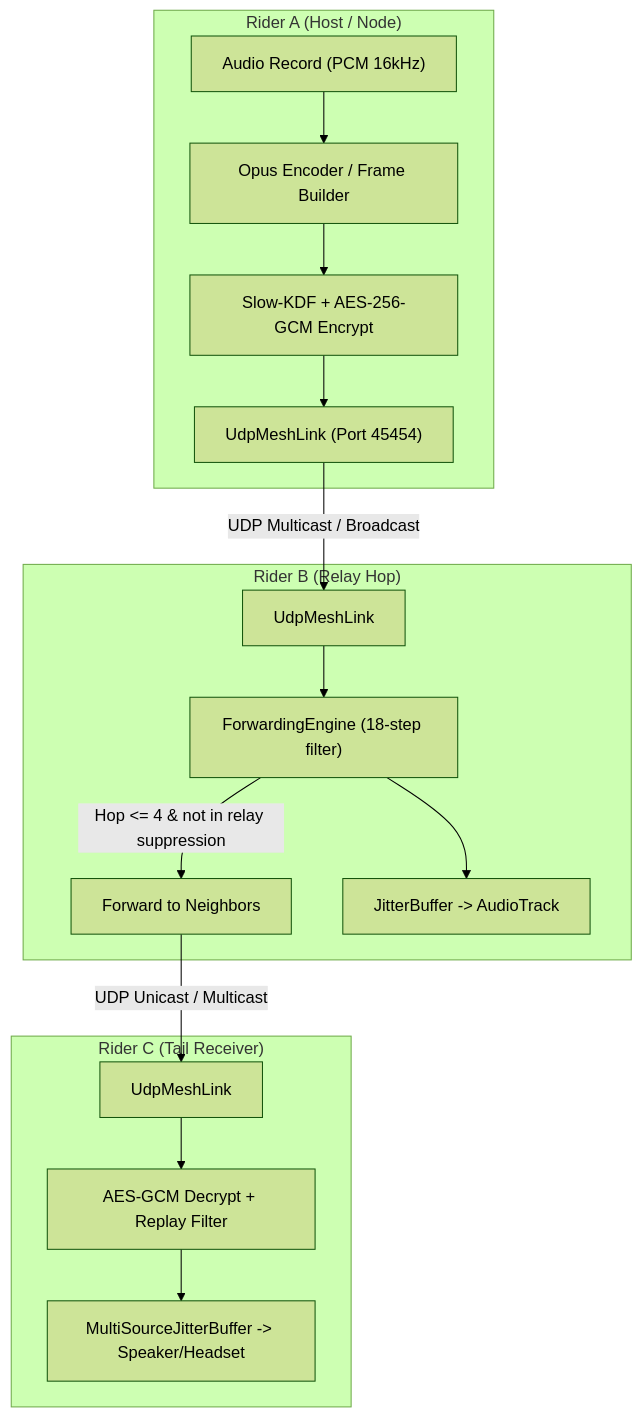
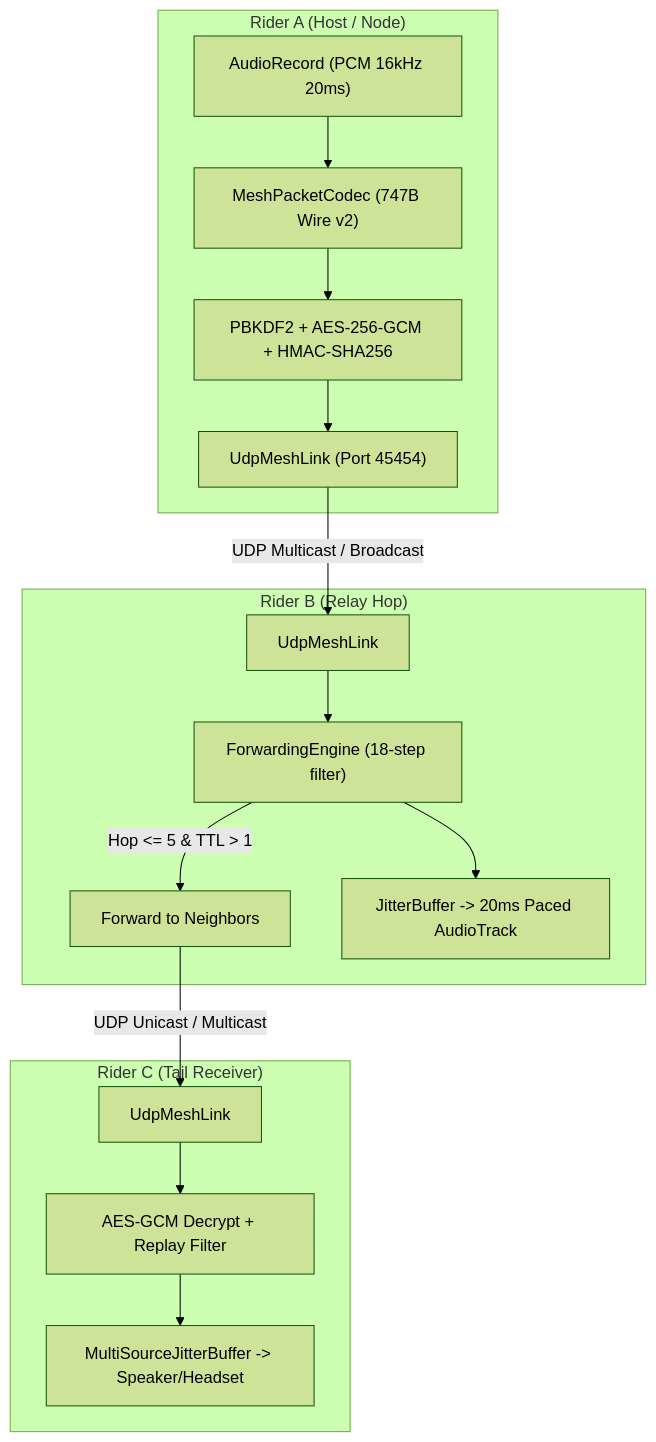
One commit to BuzyU/Rider_APP changed the eighth of 9 diagrams in RIDERVOICE_SYSTEM_EXPLANATION.md. Above: the diagram before and after it, drawn with Mermaid (forest theme). The commit also changed other lines of this file and 17 other files, not shown here.

Commit message:
docs: synchronize README, architecture, release notes, and mesh specs with v2.0 codebase and clean up ticket comments

````diff
--- a/RIDERVOICE_SYSTEM_EXPLANATION.md
+++ b/RIDERVOICE_SYSTEM_EXPLANATION.md
@@ -338,22 +335,22 @@
 ```mermaid
 flowchart TD
     subgraph MeshNodeA["Rider A (Host / Node)"]
-        CapA["Audio Record (PCM 16kHz)"] --> CodecA["Opus Encoder / Frame Builder"]
-        CodecA --> KdfA["Slow-KDF + AES-256-GCM Encrypt"]
+        CapA["AudioRecord (PCM 16kHz 20ms)"] --> CodecA["MeshPacketCodec (747B Wire v2)"]
+        CodecA --> KdfA["PBKDF2 + AES-256-GCM + HMAC-SHA256"]
         KdfA --> LinkA["UdpMeshLink (Port 45454)"]
     end
 
     subgraph MeshNodeB["Rider B (Relay Hop)"]
         LinkB["UdpMeshLink"] --> FwdB["ForwardingEngine (18-step filter)"]
-        FwdB -->|"Hop <= 4 & not in relay suppression"| RelayB["Forward to Neighbors"]
-        FwdB --> PlayoutB["JitterBuffer -> AudioTrack"]
+        FwdB -->|"Hop <= 5 & TTL > 1"| RelayB["Forward to Neighbors"]
+        FwdB --> PlayoutB["JitterBuffer -> 20ms Paced AudioTrack"]
     end
 
     subgraph MeshNodeC["Rider C (Tail Receiver)"]
         LinkC["UdpMeshLink"] --> DecryptC["AES-GCM Decrypt + Replay Filter"]
         DecryptC --> PlayoutC["MultiSourceJitterBuffer -> Speaker/Headset"]
     end
 
     LinkA -->|"UDP Multicast / Broadcast"| LinkB
     RelayB -->|"UDP Unicast / Multicast"| LinkC
 ```
````
